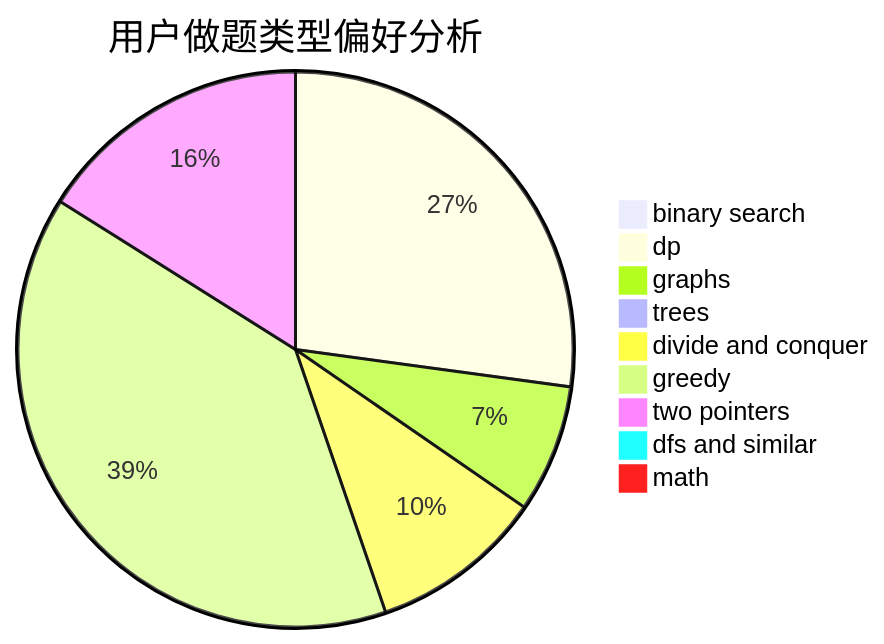
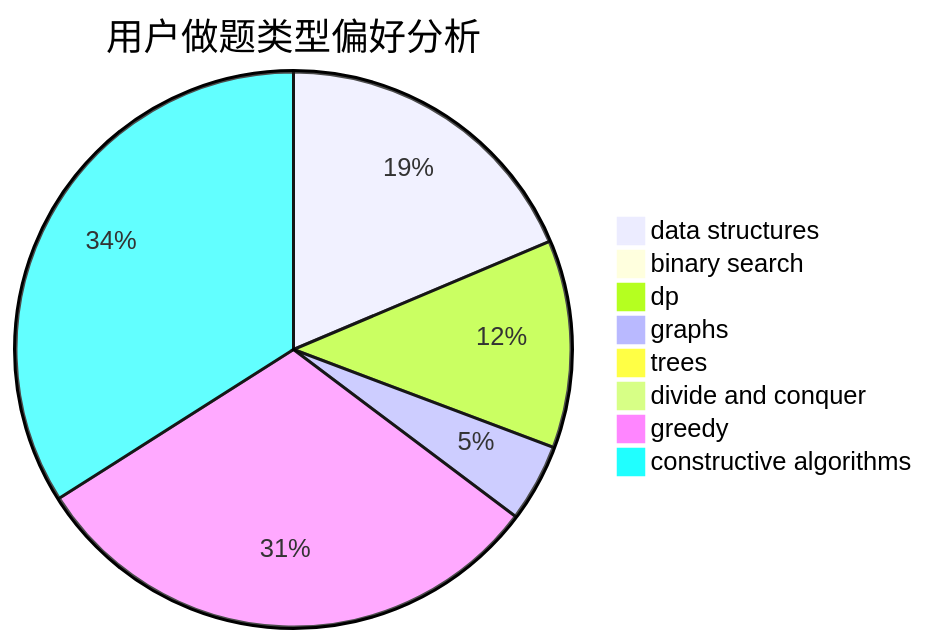
Before and after one commit to sherpahu/cfrs.github.io: the second of 3 diagrams in docs/user/u2193.md, drawn with Mermaid. The commit also changed other lines of this file and 2775 other files, not shown here.

````diff
--- a/docs/user/u2193.md
+++ b/docs/user/u2193.md
@@ -23,12 +23,11 @@
 ```mermaid
 pie title 用户做题类型偏好分析
-    "binary search" :  2
-    "dp" :  142
-    "graphs" :  39
-    "trees" :  2
-    "divide and conquer" :  53
-    "greedy" :  205
-    "two pointers" :  84
-    "dfs and similar" :  2
-    "math" :  2
+    "data structures" :  74
+    "binary search" :  0
+    "dp" :  48
+    "graphs" :  18
+    "trees" :  0
+    "divide and conquer" :  0
+    "greedy" :  122
+    "constructive algorithms" :  135
 ```
````
